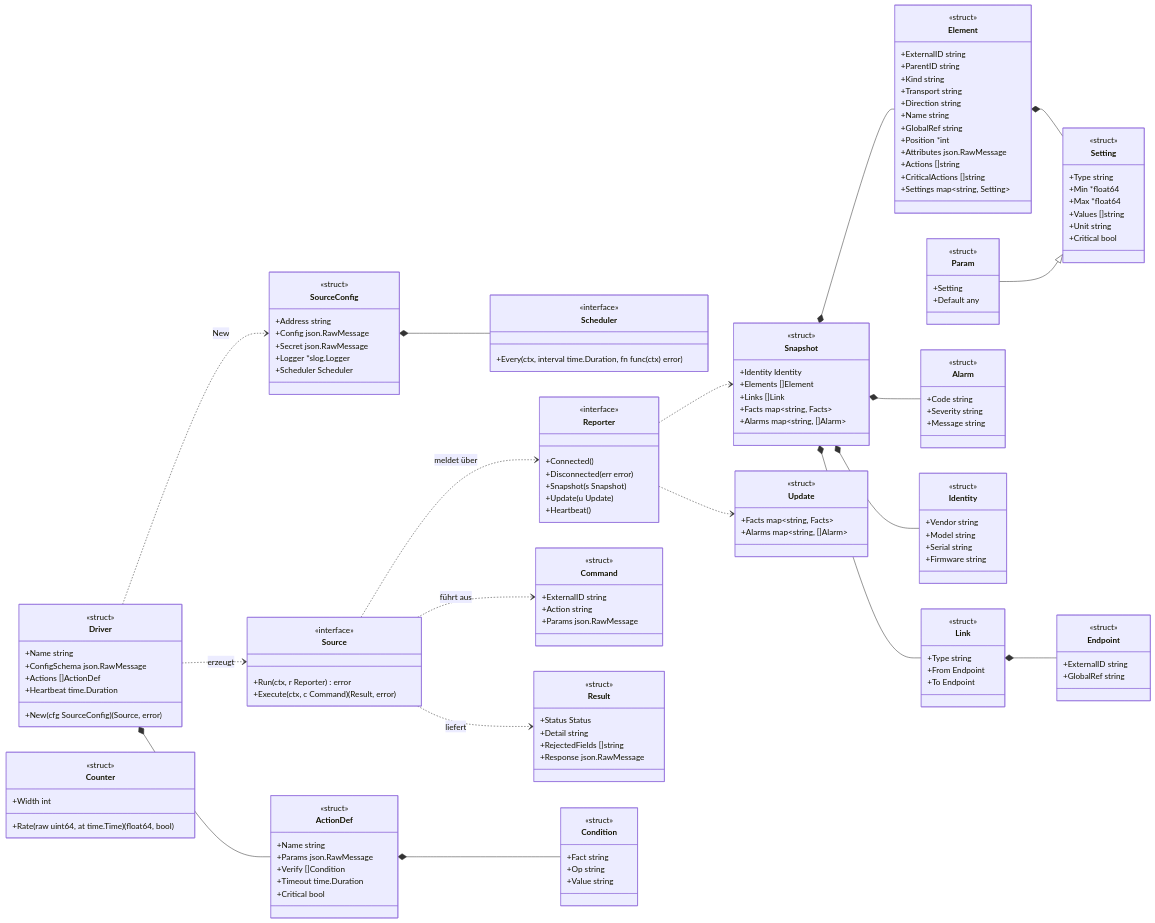
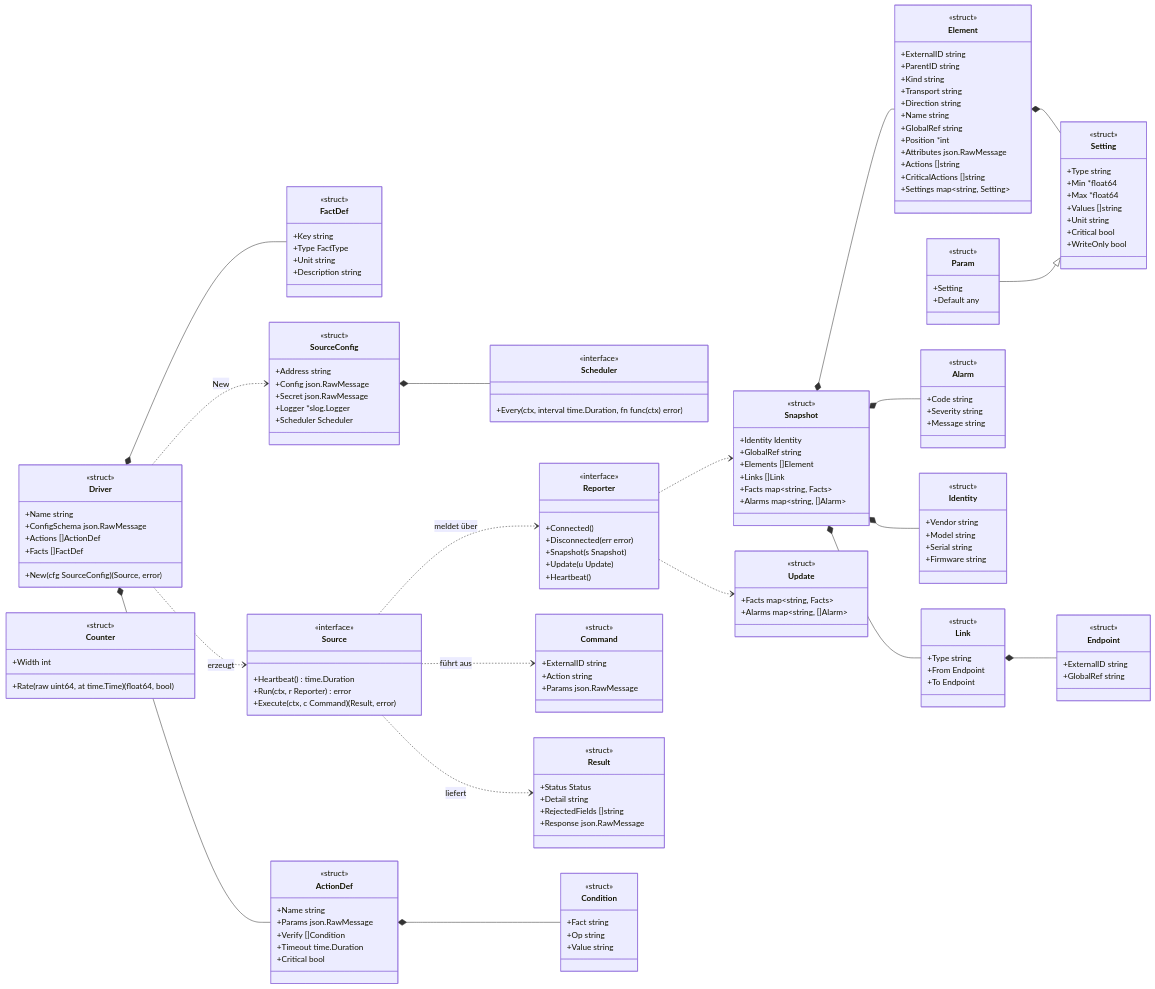
The first of 6 diagrams in docs/contracts/sdk.md (lukirs95/monika), drawn with Mermaid before and after one commit. The commit also changed other lines of this file and 8 other files, not shown here.

First line of the commit message:
docs: apply architecture audit to contracts, API and status

```diff
--- a/docs/contracts/sdk.md
+++ b/docs/contracts/sdk.md
@@ -22,8 +22,15 @@
         +Name string
         +ConfigSchema json.RawMessage
         +Actions []ActionDef
-        +Heartbeat time.Duration
+        +Facts []FactDef
         +New(cfg SourceConfig) (Source, error)
+    }
+    class FactDef {
+        <<struct>>
+        +Key string
+        +Type FactType
+        +Unit string
+        +Description string
     }
     class SourceConfig {
         <<struct>>
@@ -39,6 +46,7 @@
     }
     class Source {
         <<interface>>
+        +Heartbeat() time.Duration
         +Run(ctx, r Reporter) error
         +Execute(ctx, c Command) (Result, error)
     }
@@ -53,6 +61,7 @@
     class Snapshot {
         <<struct>>
         +Identity Identity
+        +GlobalRef string
         +Elements []Element
         +Links []Link
         +Facts map~string, Facts~
@@ -136,6 +145,7 @@
         +Values []string
         +Unit string
         +Critical bool
+        +WriteOnly bool
     }
     class Param {
         <<struct>>
@@ -153,6 +163,7 @@
     SourceConfig *-- Scheduler
     Driver ..> Source : erzeugt
     Driver *-- ActionDef
+    Driver *-- FactDef
     Source ..> Reporter : meldet über
     Source ..> Command : führt aus
     Source ..> Result : liefert
```
